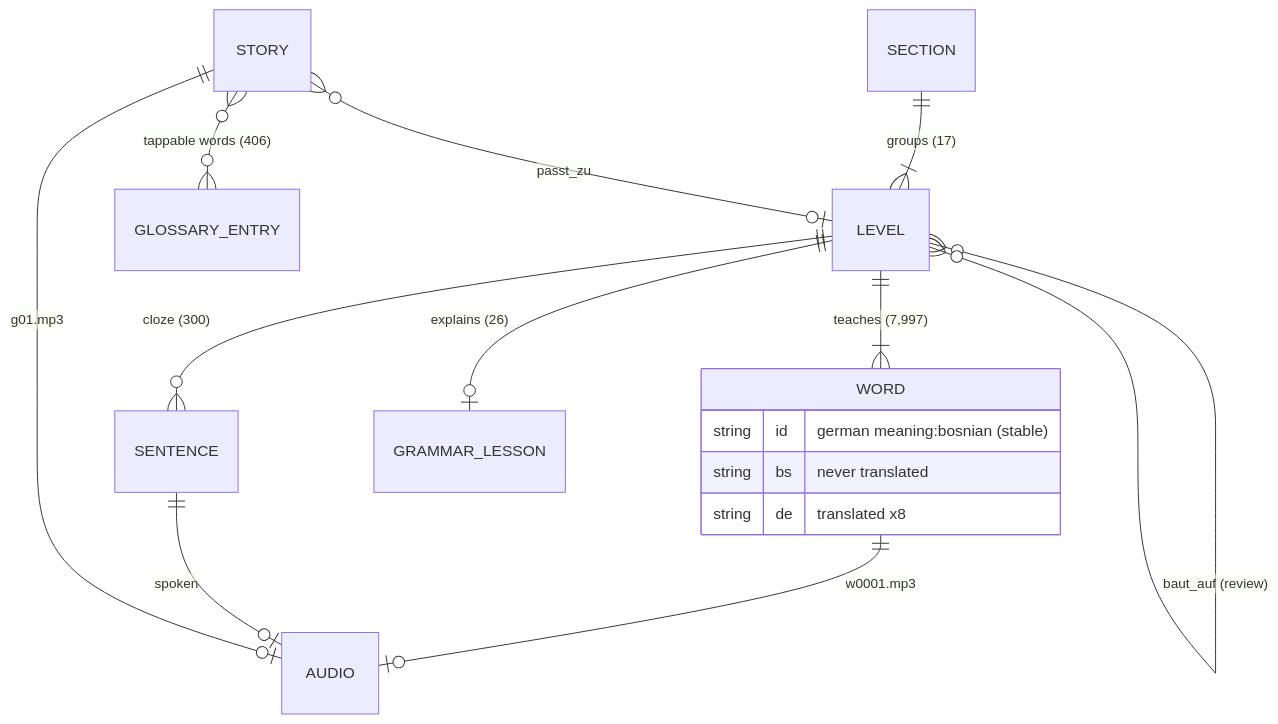
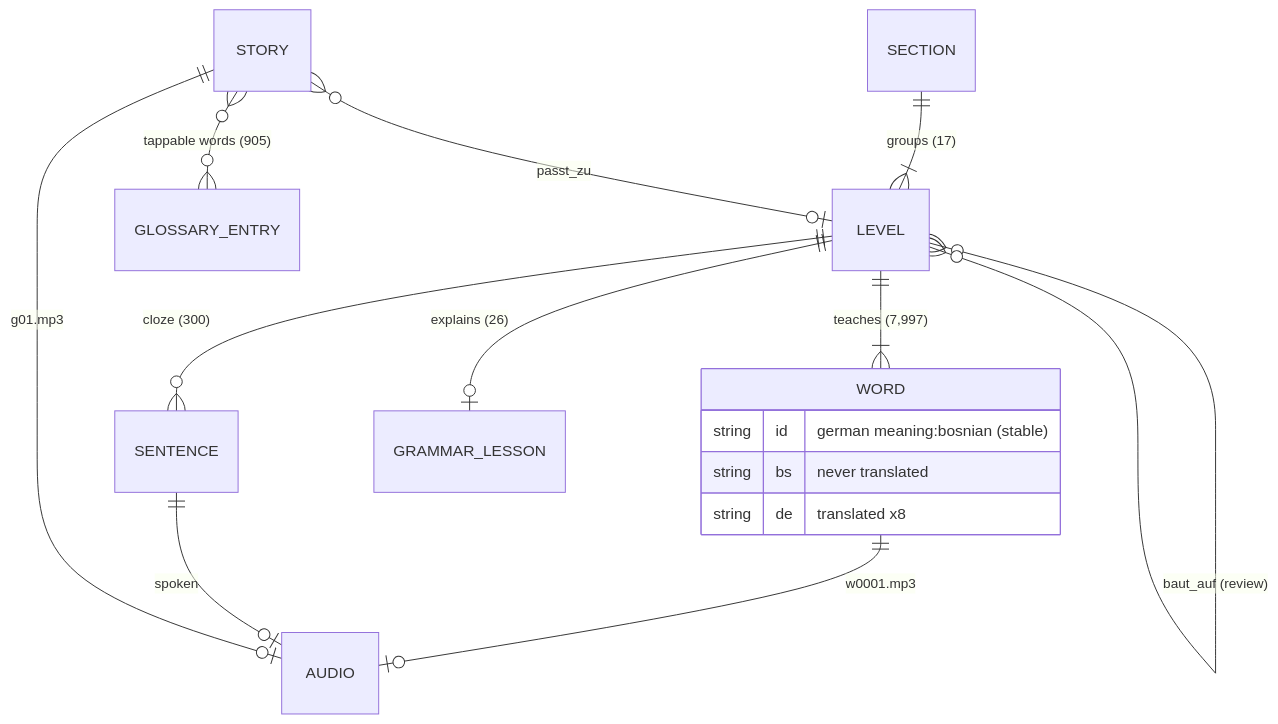
One commit to zmaj-lernapp/zmaj changed the second of 3 diagrams in docs/ARCHITECTURE.md. Above: the diagram before and after it, drawn with Mermaid. The commit also changed 10 other files, not shown here.

````diff
--- a/docs/ARCHITECTURE.md
+++ b/docs/ARCHITECTURE.md
@@ -54,18 +54,18 @@
 ```mermaid
 erDiagram
   SECTION ||--|{ LEVEL : "groups (17)"
   LEVEL ||--|{ WORD : "teaches (7,997)"
   LEVEL ||--o{ SENTENCE : "cloze (300)"
   LEVEL ||--o| GRAMMAR_LESSON : "explains (26)"
   LEVEL }o--o{ LEVEL : "baut_auf (review)"
   STORY }o--o| LEVEL : "passt_zu"
-  STORY }o--o{ GLOSSARY_ENTRY : "tappable words (406)"
+  STORY }o--o{ GLOSSARY_ENTRY : "tappable words (905)"
   WORD ||--o| AUDIO : "w0001.mp3"
   SENTENCE ||--o| AUDIO : "spoken"
   STORY ||--o| AUDIO : "g01.mp3"
   WORD {
     string id "german meaning:bosnian (stable)"
     string bs "never translated"
     string de "translated x8"
   }
 ```
````
